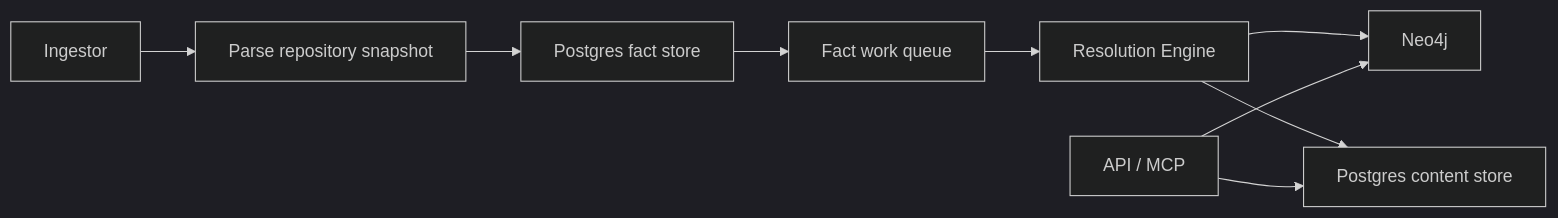
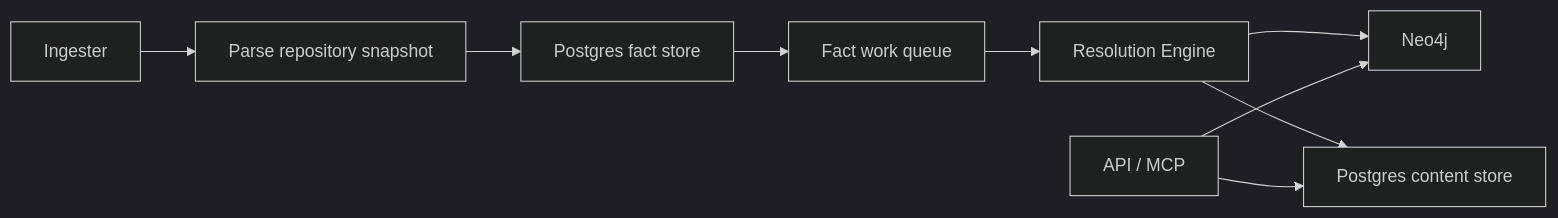
One commit to platformcontext/platform-context-graph changed the first of 2 diagrams in docs/docs/deployment/service-runtimes.md. Above: the diagram before and after it, drawn with Mermaid (dark theme). The commit also changed other lines of this file and 39 other files, not shown here.

````diff
--- a/docs/docs/deployment/service-runtimes.md
+++ b/docs/docs/deployment/service-runtimes.md
@@ -23,11 +23,11 @@
 ```mermaid
 flowchart LR
-  A["Ingestor"] --> B["Parse repository snapshot"]
+  A["Ingester"] --> B["Parse repository snapshot"]
   B --> C["Postgres fact store"]
   C --> D["Fact work queue"]
   D --> E["Resolution Engine"]
   E --> F["Neo4j"]
   E --> G["Postgres content store"]
   H["API / MCP"] --> F
   H --> G
 ```
````
